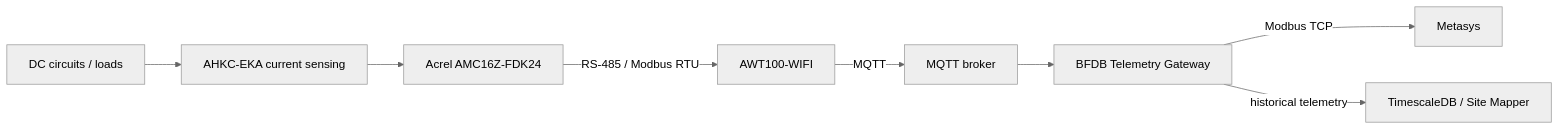
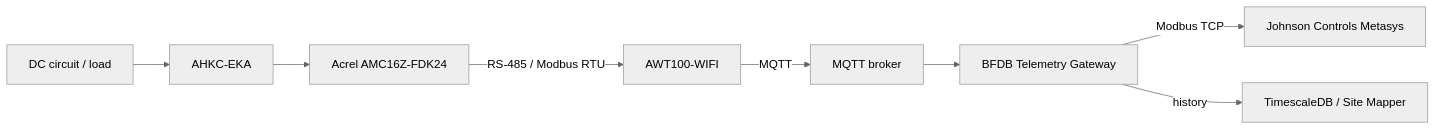
The second of 3 diagrams in README.md (thradexIT/bfdb-telemetry-gateway), drawn with Mermaid (neutral theme) before and after one commit. The commit also changed other lines of this file, not shown here.

````diff
--- a/README.md
+++ b/README.md
@@ -54,10 +44,10 @@
 ```mermaid
 flowchart LR
-    LOAD["DC circuits / loads"] --> SENS["AHKC-EKA current sensing"]
-    SENS --> AMC["Acrel AMC16Z-FDK24"]
-    AMC -->|RS-485 / Modbus RTU| AWT["AWT100-WIFI"]
-    AWT -->|MQTT| BROKER["MQTT broker"]
+    LOAD["DC circuit / load"] --> SENSOR["AHKC-EKA"]
+    SENSOR --> AMC["Acrel AMC16Z-FDK24"]
+    AMC -->|"RS-485 / Modbus RTU"| AWT["AWT100-WIFI"]
+    AWT -->|"MQTT"| BROKER["MQTT broker"]
     BROKER --> GW["BFDB Telemetry Gateway"]
-    GW -->|Modbus TCP| METASYS["Metasys"]
-    GW -->|historical telemetry| TSDB["TimescaleDB / Site Mapper"]
+    GW -->|"Modbus TCP"| METASYS["Johnson Controls Metasys"]
+    GW -->|"history"| TSDB["TimescaleDB / Site Mapper"]
 ```
````
